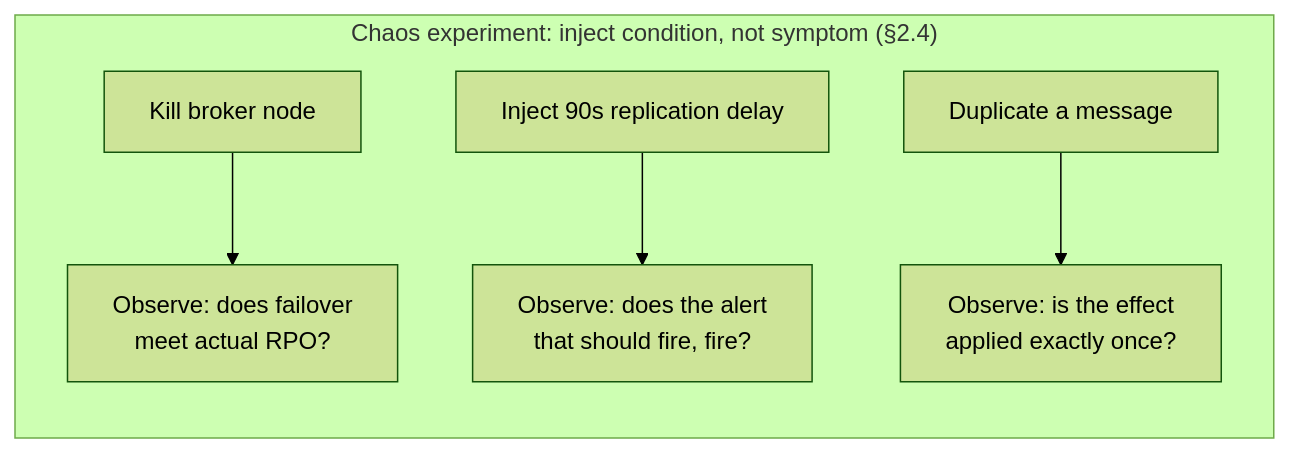
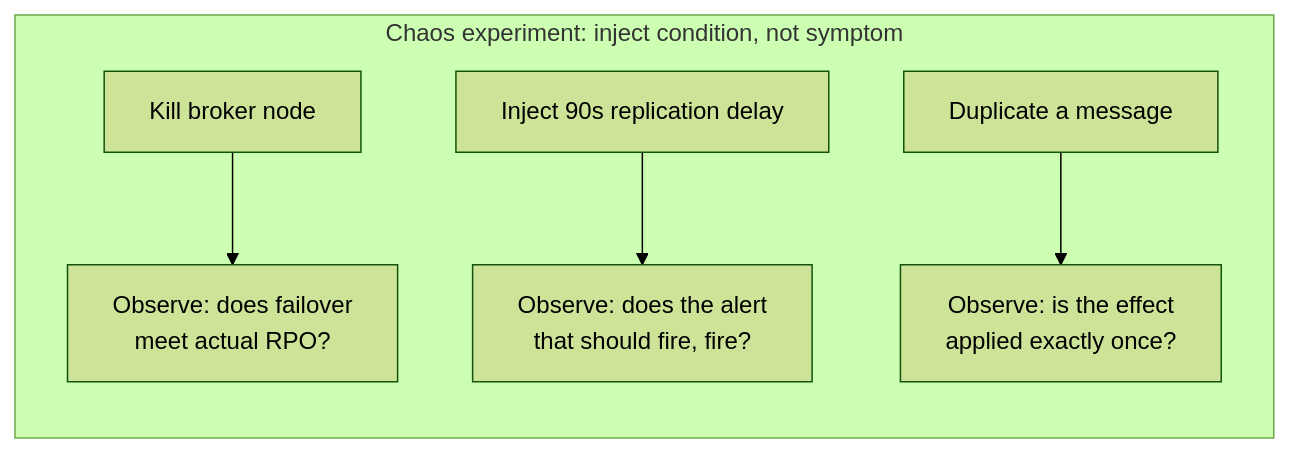
Before and after one commit to umashankarp/InterviewQuestions: the third of 4 diagrams in 18-Event-Driven-Architecture/07-Testing-ContractTesting-ChaosEngineering-EventPipelines.md, drawn with Mermaid (forest theme). The commit also changed other lines of this file and 173 other files, not shown here.

````diff
--- a/18-Event-Driven-Architecture/07-Testing-ContractTesting-ChaosEngineering-EventPipelines.md
+++ b/18-Event-Driven-Architecture/07-Testing-ContractTesting-ChaosEngineering-EventPipelines.md
@@ -80,8 +80,8 @@
 ```mermaid
 graph LR
-    subgraph "Chaos experiment: inject condition, not symptom (§2.4)"
-        A[Kill broker node] --> B[Observe: does failover<br/>meet actual RPO?]
-        C[Inject 90s replication delay] --> D[Observe: does the alert<br/>that should fire, fire?]
-        E[Duplicate a message] --> F[Observe: is the effect<br/>applied exactly once?]
-    end
+ subgraph "Chaos experiment: inject condition, not symptom"
+ A[Kill broker node] --> B[Observe: does failover<br/>meet actual RPO?]
+ C[Inject 90s replication delay] --> D[Observe: does the alert<br/>that should fire, fire?]
+ E[Duplicate a message] --> F[Observe: is the effect<br/>applied exactly once?]
+ end
 ```
````
